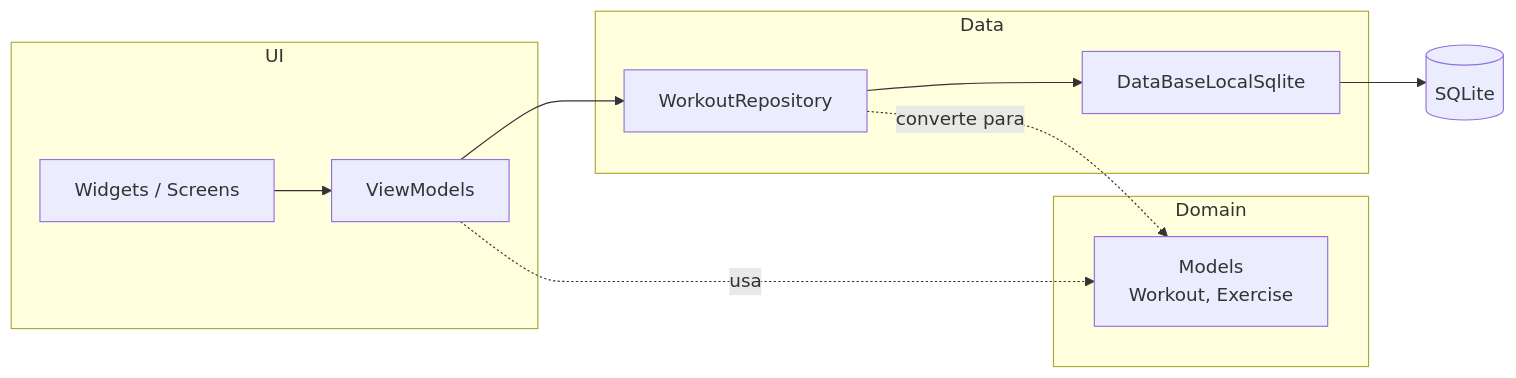
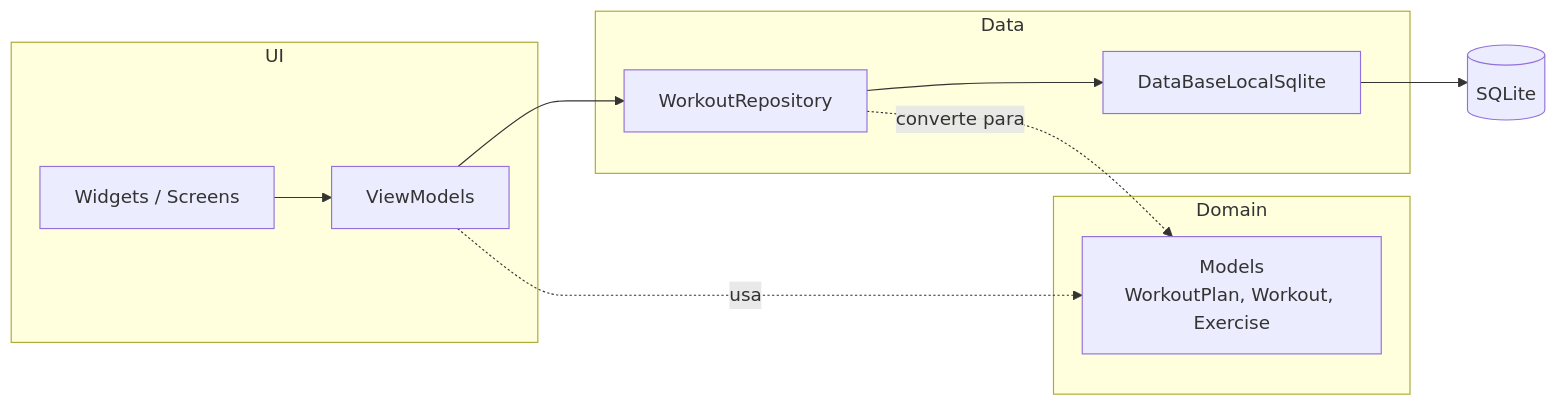
One commit to cesargehres/meus_treinos changed the diagram in README.md. Above: the diagram before and after it, drawn with Mermaid. The commit also changed other lines of this file and 4 other files, not shown here.

````diff
--- a/README.md
+++ b/README.md
@@ -42,16 +42,16 @@
 ```mermaid
 flowchart LR
     subgraph UI
         W[Widgets / Screens] --> VM[ViewModels]
     end
     subgraph Domain
-        M[Models<br/>Workout, Exercise]
+        M[Models<br/>WorkoutPlan, Workout, Exercise]
     end
     subgraph Data
         R[WorkoutRepository] --> S[DataBaseLocalSqlite]
     end
     VM --> R
     S --> DB[(SQLite)]
     VM -.usa.-> M
     R -.converte para.-> M
 ```
````
